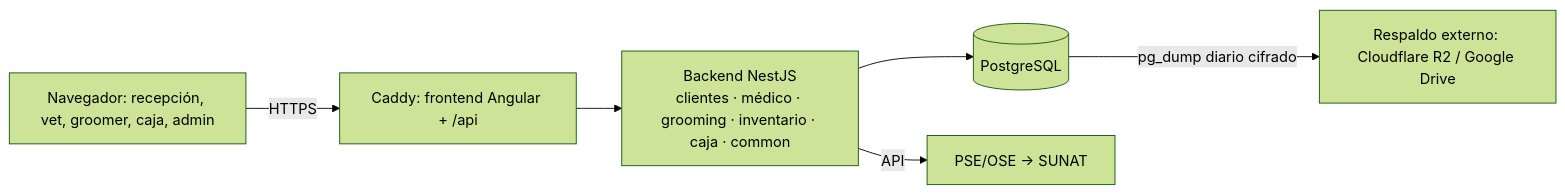
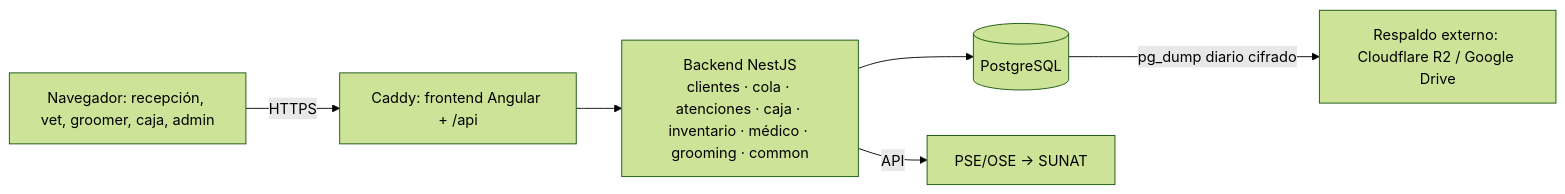
The first of 2 diagrams in docs/PLAN.md (AxelHB20/uywasys), drawn with Mermaid (forest theme) before and after one commit. The commit also changed other lines of this file and 69 other files, not shown here.

````diff
--- a/docs/PLAN.md
+++ b/docs/PLAN.md
@@ -88,8 +89,8 @@
 ```mermaid
 flowchart LR
   U[Navegador: recepción, vet, groomer, caja, admin] -->|HTTPS| C[Caddy: frontend Angular + /api]
-  C --> B[Backend NestJS<br/>clientes · médico · grooming · inventario · caja · common]
+  C --> B[Backend NestJS<br/>clientes · cola · atenciones · caja · inventario · médico · grooming · common]
   B --> D[(PostgreSQL)]
   B -->|API| S[PSE/OSE → SUNAT]
   D -->|pg_dump diario cifrado| R[Respaldo externo: Cloudflare R2 / Google Drive]
 ```
````
